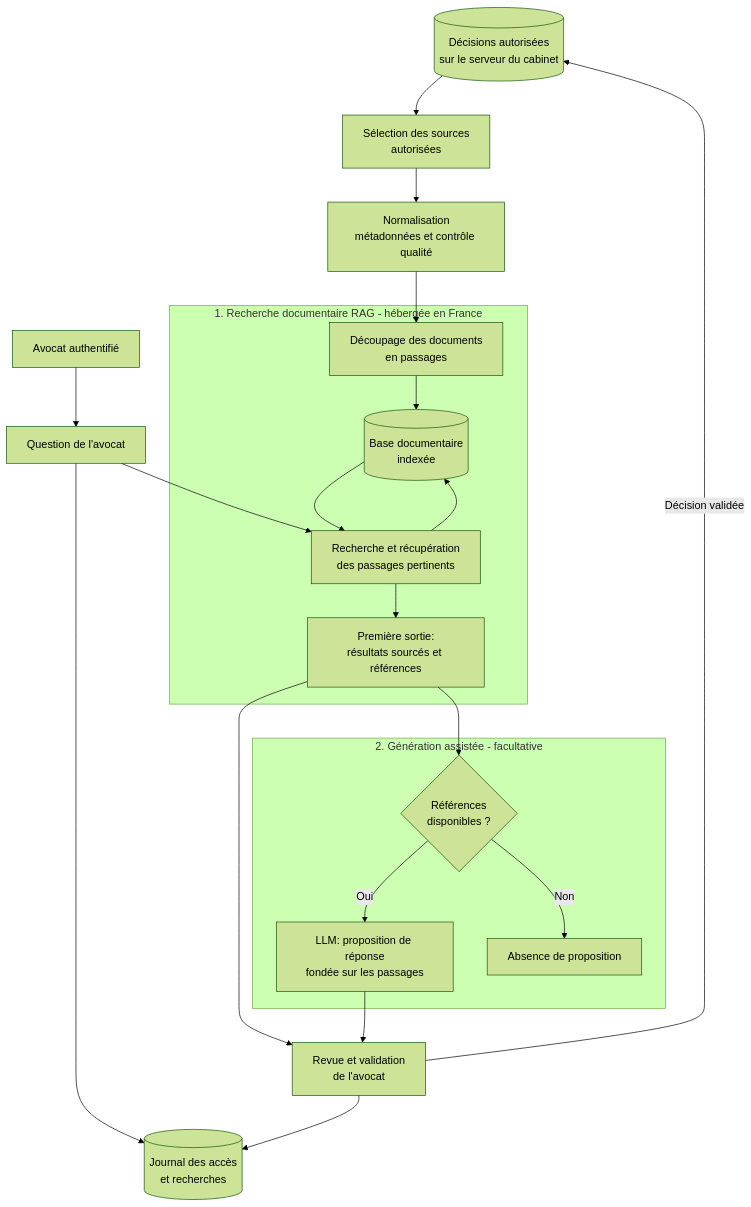
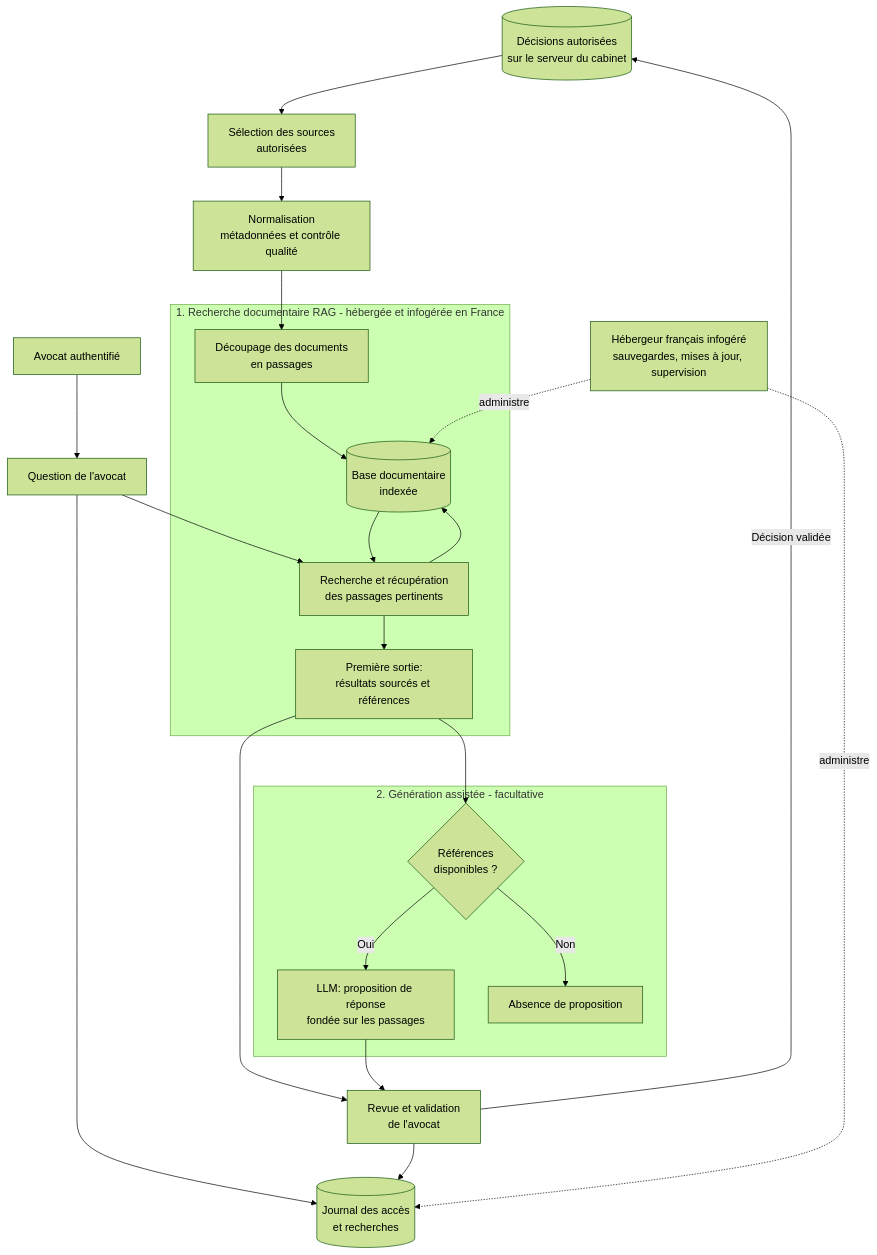
Before and after one commit to ddedomeni-j/M8-B1-cadrage-Julien: the diagram in schema_archi_cible.md, drawn with Mermaid (forest theme).

Commit message:
Doc : mise a jour architecture

````diff
--- a/schema_archi_cible.md
+++ b/schema_archi_cible.md
@@ -3,37 +3,41 @@
 ```mermaid
 flowchart TD
     SRC[(Décisions autorisées<br/>sur le serveur du cabinet)]
     SEL[Sélection des sources<br/>autorisées]
     NORM[Normalisation<br/>métadonnées et contrôle qualité]
 
     USER[Avocat authentifié]
     QUERY[Question de l'avocat]
     REVIEW[Revue et validation<br/>de l'avocat]
     LOG[(Journal des accès<br/>et recherches)]
+    HOST[Hébergeur français infogéré<br/>sauvegardes, mises à jour, supervision]
 
-    subgraph SEARCH_SYSTEM["1. Recherche documentaire RAG - hébergée en France"]
+    subgraph SEARCH_SYSTEM["1. Recherche documentaire RAG - hébergée et infogérée en France"]
         CHUNK[Découpage des documents<br/>en passages]
         IDX[(Base documentaire<br/>indexée)]
         RETRIEVE[Recherche et récupération<br/>des passages pertinents]
         SOURCED[Première sortie:<br/>résultats sourcés et références]
     end
 
     subgraph GENERATION["2. Génération assistée - facultative"]
         CHECK{Références<br/>disponibles ?}
         LLM[LLM: proposition de réponse<br/>fondée sur les passages]
         NORESULT[Absence de proposition]
     end
 
     SRC --> SEL --> NORM --> CHUNK --> IDX
     USER --> QUERY --> RETRIEVE
     RETRIEVE --> IDX
     IDX --> RETRIEVE
     RETRIEVE --> SOURCED
     SOURCED --> REVIEW
     SOURCED --> CHECK
     CHECK -->|Oui| LLM --> REVIEW
     CHECK -->|Non| NORESULT
     REVIEW -->|Décision validée| SRC
     QUERY --> LOG
     REVIEW --> LOG
+
+    HOST -. administre .-> IDX
+    HOST -. administre .-> LOG
 ```
````
